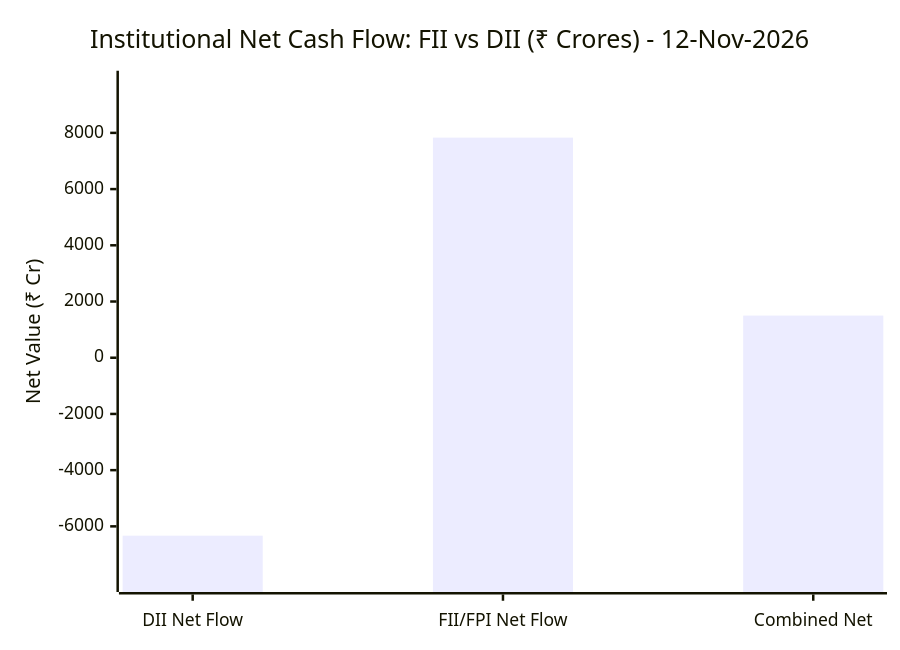
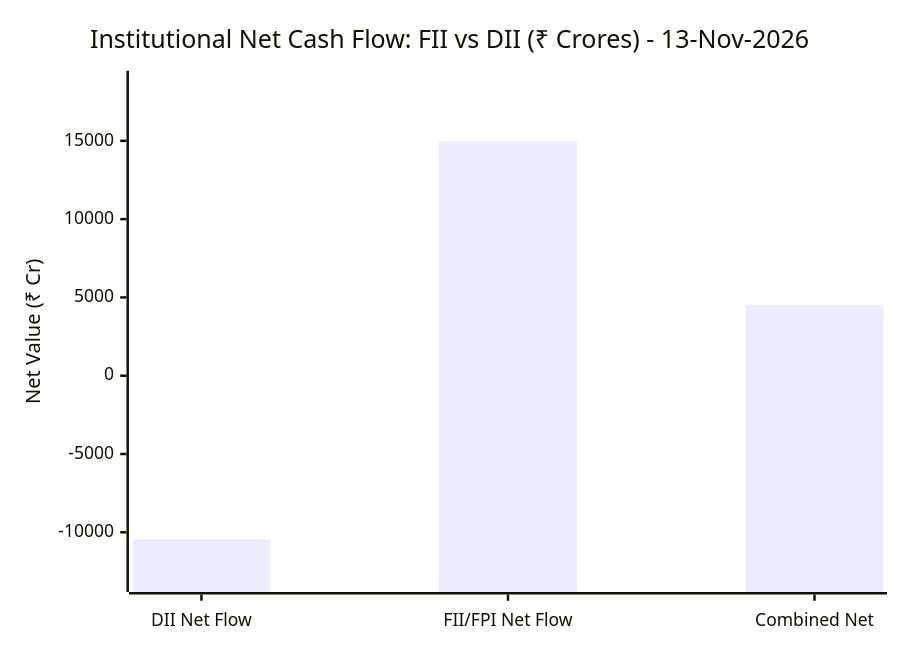
Before and after one commit to purnareddy9/dev: the diagram in market-intelligence/README.md, drawn with Mermaid. The commit also changed other lines of this file and 3 other files, not shown here.

````diff
--- a/market-intelligence/README.md
+++ b/market-intelligence/README.md
@@ -65,7 +65,7 @@
 ```mermaid
 xychart-beta
-    title "Institutional Net Cash Flow: FII vs DII (₹ Crores) - 12-Nov-2026"
+    title "Institutional Net Cash Flow: FII vs DII (₹ Crores) - 13-Nov-2026"
     x-axis ["DII Net Flow", "FII/FPI Net Flow", "Combined Net"]
-    y-axis "Net Value (₹ Cr)" -7913 --> 9788
-    bar [-6331.17, 7830.6, 1499.43]
+    y-axis "Net Value (₹ Cr)" -13055 --> 18718
+    bar [-10444.54, 14974.68, 4530.14]
 ```
````
